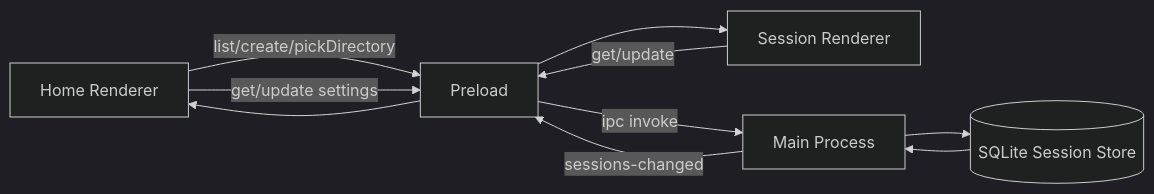
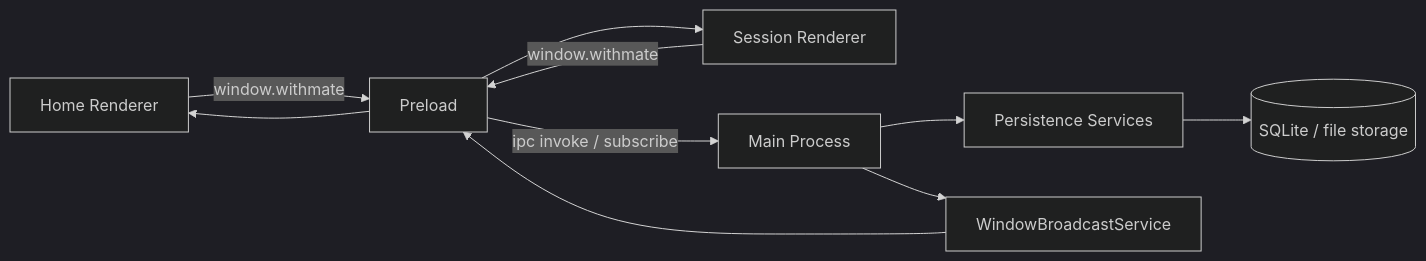
The diagram in docs/design/electron-session-store.md (natumekazuki/WithMate), drawn with Mermaid (dark theme) before and after one commit. The commit also changed other lines of this file and 3 other files, not shown here.

````diff
--- a/docs/design/electron-session-store.md
+++ b/docs/design/electron-session-store.md
@@ -62,12 +45,12 @@
 ```mermaid
 flowchart LR
-    HR[Home Renderer] -->|list/create/pickDirectory| PL[Preload]
-    HR -->|get/update settings| PL
-    SR[Session Renderer] -->|get/update| PL
-    PL -->|ipc invoke| MP[Main Process]
-    MP --> STORE[(SQLite Session Store)]
-    STORE --> MP
-    MP -->|sessions-changed| PL
+    HR[Home Renderer] -->|window.withmate| PL[Preload]
+    SR[Session Renderer] -->|window.withmate| PL
+    PL -->|ipc invoke / subscribe| MP[Main Process]
+    MP --> PERSIST[Persistence Services]
+    PERSIST --> STORE[(SQLite / file storage)]
+    MP --> BROADCAST[WindowBroadcastService]
+    BROADCAST --> PL
     PL --> HR
     PL --> SR
 ```
````
